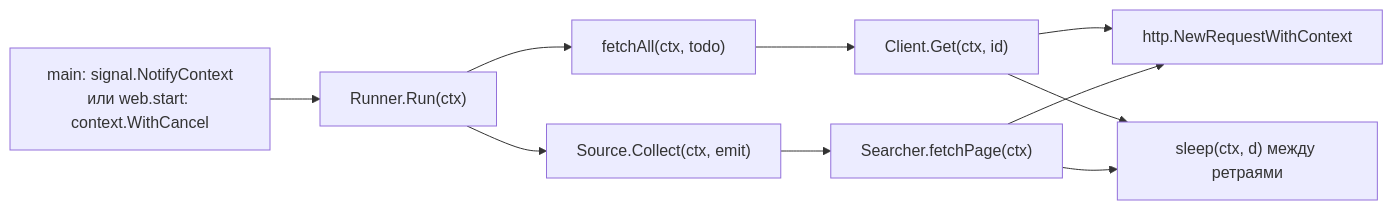
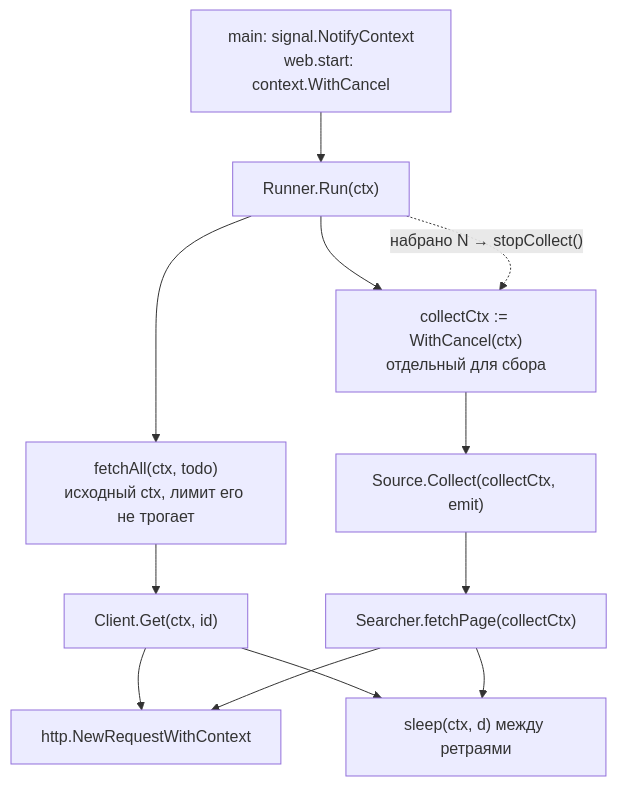
The seventh of 7 diagrams in README.md (OkaneKatsuro/go-wb), drawn with Mermaid before and after one commit. The commit also changed other lines of this file, not shown here.

Commit message:
docs: отразить -limit на схемах потока данных и контекста

````diff
--- a/README.md
+++ b/README.md
@@ -209,12 +212,14 @@
 ```mermaid
-flowchart LR
-    A["main: signal.NotifyContext<br/>или web.start: context.WithCancel"] --> B["Runner.Run(ctx)"]
-    B --> C["Source.Collect(ctx, emit)"]
-    B --> D["fetchAll(ctx, todo)"]
+flowchart TD
+    A["main: signal.NotifyContext<br/>web.start: context.WithCancel"] --> B["Runner.Run(ctx)"]
+    B --> CC["collectCtx := WithCancel(ctx)<br/>отдельный для сбора"]
+    B -. "набрано N → stopCollect()" .-> CC
+    CC --> C["Source.Collect(collectCtx, emit)"]
+    C --> H["Searcher.fetchPage(collectCtx)"]
+    B --> D["fetchAll(ctx, todo)<br/>исходный ctx, лимит его не трогает"]
     D --> E["Client.Get(ctx, id)"]
     E --> F["http.NewRequestWithContext"]
     E --> G["sleep(ctx, d) между ретраями"]
-    C --> H["Searcher.fetchPage(ctx)"]
     H --> F
     H --> G
 ```
````
